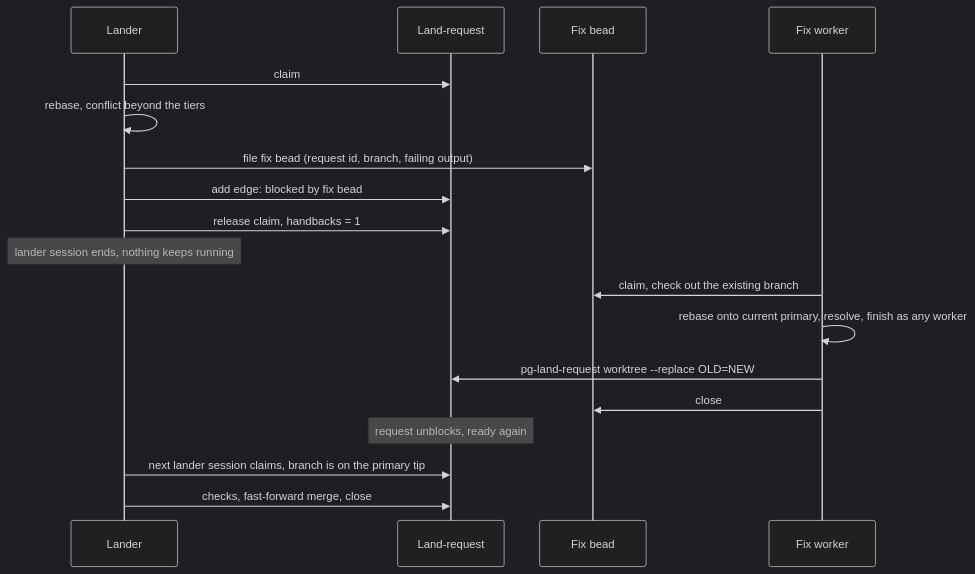
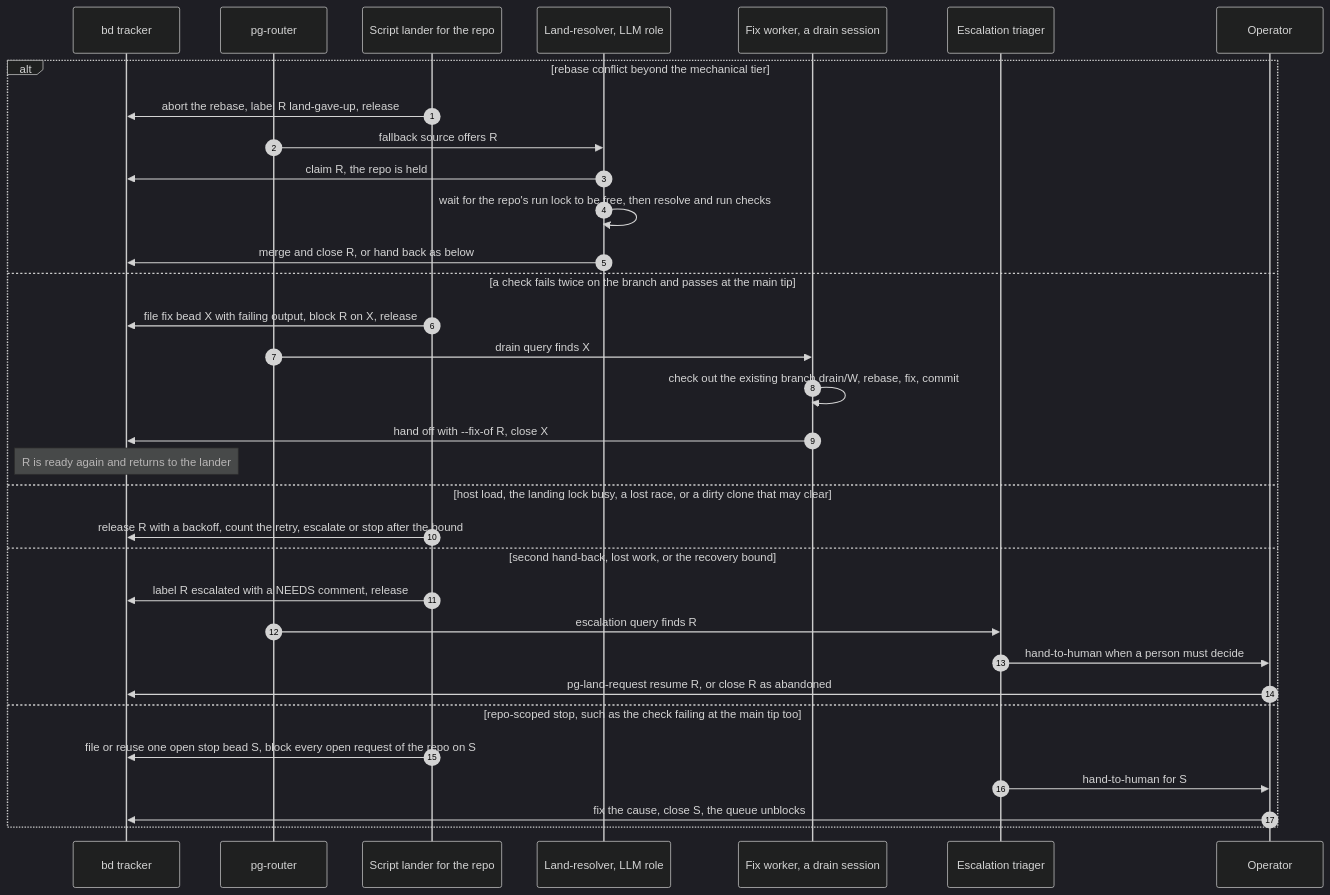
Before and after one commit to phillipgreenii/nix-agent-support: the third of 4 diagrams in docs/superpowers/specs/2026-11-04-single-lander-per-repo-design.md, drawn with Mermaid (dark theme). The commit also changed other lines of this file, not shown here.

First line of the commit message:
docs: revise single-lander design to a script-first lander

````diff
--- a/docs/superpowers/specs/2026-11-04-single-lander-per-repo-design.md
+++ b/docs/superpowers/specs/2026-11-04-single-lander-per-repo-design.md
@@ -117,20 +151,36 @@
 ```mermaid
 sequenceDiagram
-  participant L as Lander
-  participant R as Land-request
-  participant F as Fix bead
-  participant W as Fix worker
-  L->>R: claim
-  L->>L: rebase, conflict beyond the tiers
-  L->>F: file fix bead (request id, branch, failing output)
-  L->>R: add edge: blocked by fix bead
-  L->>R: release claim, handbacks = 1
-  Note over L: lander session ends, nothing keeps running
-  W->>F: claim, check out the existing branch
-  W->>W: rebase onto current primary, resolve, finish as any worker
-  W->>R: pg-land-request worktree --replace OLD=NEW
-  W->>F: close
-  Note over R: request unblocks, ready again
-  L->>R: next lander session claims, branch is on the primary tip
-  L->>R: checks, fast-forward merge, close
+  autonumber
+  participant BD as bd tracker
+  participant RT as pg-router
+  participant LD as Script lander for the repo
+  participant RV as Land-resolver, LLM role
+  participant FX as Fix worker, a drain session
+  participant TR as Escalation triager
+  participant OP as Operator
+
+  alt rebase conflict beyond the mechanical tier
+    LD->>BD: abort the rebase, label R land-gave-up, release
+    RT->>RV: fallback source offers R
+    RV->>BD: claim R, the repo is held
+    RV->>RV: wait for the repo's run lock to be free, then resolve and run checks
+    RV->>BD: merge and close R, or hand back as below
+  else a check fails twice on the branch and passes at the main tip
+    LD->>BD: file fix bead X with failing output, block R on X, release
+    RT->>FX: drain query finds X
+    FX->>FX: check out the existing branch drain/W, rebase, fix, commit
+    FX->>BD: hand off with --fix-of R, close X
+    Note over BD: R is ready again and returns to the lander
+  else host load, the landing lock busy, a lost race, or a dirty clone that may clear
+    LD->>BD: release R with a backoff, count the retry, escalate or stop after the bound
+  else second hand-back, lost work, or the recovery bound
+    LD->>BD: label R escalated with a NEEDS comment, release
+    RT->>TR: escalation query finds R
+    TR->>OP: hand-to-human when a person must decide
+    OP->>BD: pg-land-request resume R, or close R as abandoned
+  else repo-scoped stop, such as the check failing at the main tip too
+    LD->>BD: file or reuse one open stop bead S, block every open request of the repo on S
+    TR->>OP: hand-to-human for S
+    OP->>BD: fix the cause, close S, the queue unblocks
+  end
 ```
````
